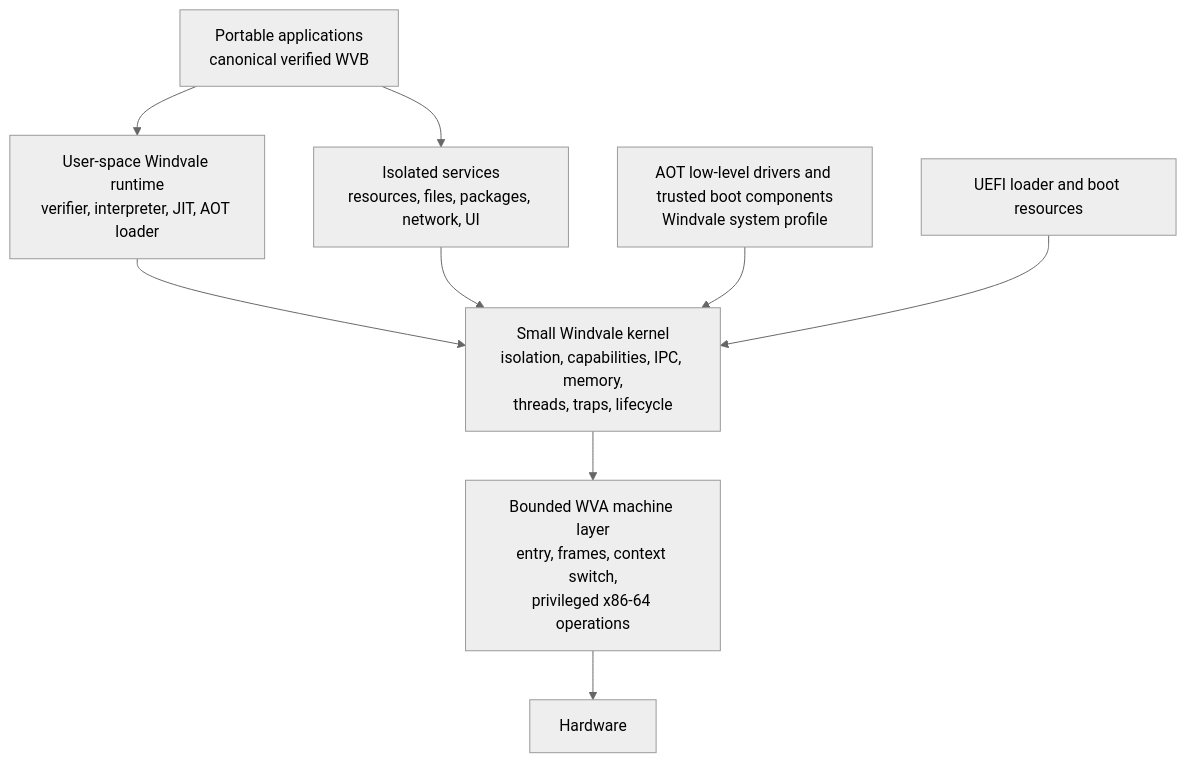
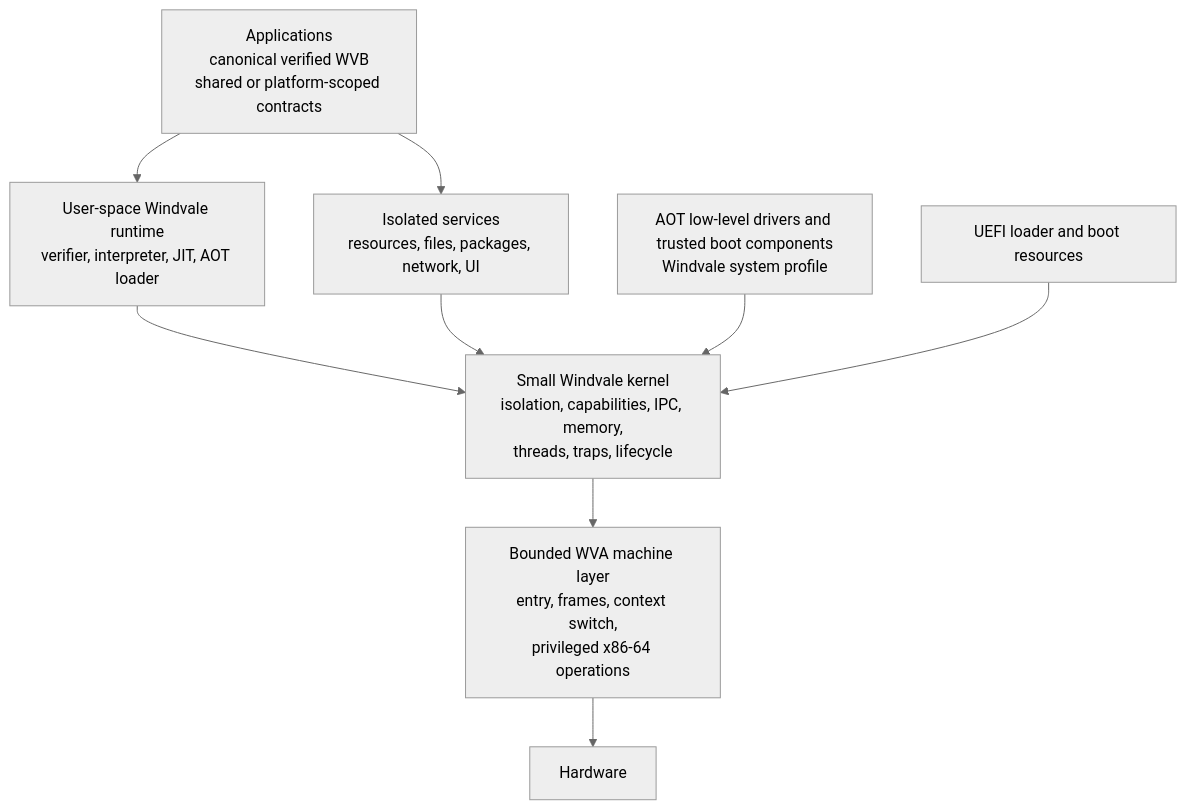
Before and after one commit to eworker-inc/Windvale: the diagram in Documents/Architecture/Windvale-Os-Architecture.md, drawn with Mermaid (neutral theme). The commit also changed other lines of this file and 10 other files, not shown here.

Commit message:
docs: define platform-scoped capability libraries

````diff
--- a/Documents/Architecture/Windvale-Os-Architecture.md
+++ b/Documents/Architecture/Windvale-Os-Architecture.md
@@ -38,20 +38,20 @@
 ```mermaid
 flowchart TB
-    Apps["Portable applications<br/>canonical verified WVB"]
+    Apps["Applications<br/>canonical verified WVB<br/>shared or platform-scoped contracts"]
     SysApps["AOT low-level drivers and trusted boot components<br/>Windvale system profile"]
     Runtime["User-space Windvale runtime<br/>verifier, interpreter, JIT, AOT loader"]
     Services["Isolated services<br/>resources, files, packages, network, UI"]
     Kernel["Small Windvale kernel<br/>isolation, capabilities, IPC, memory,<br/>threads, traps, lifecycle"]
     Machine["Bounded WVA machine layer<br/>entry, frames, context switch,<br/>privileged x86-64 operations"]
     Hardware["Hardware"]
     Boot["UEFI loader and boot resources"]
 
     Apps --> Runtime
     Runtime --> Kernel
     Apps --> Services
     Services --> Kernel
     SysApps --> Kernel
     Boot --> Kernel
     Kernel --> Machine
     Machine --> Hardware
 ```
````
